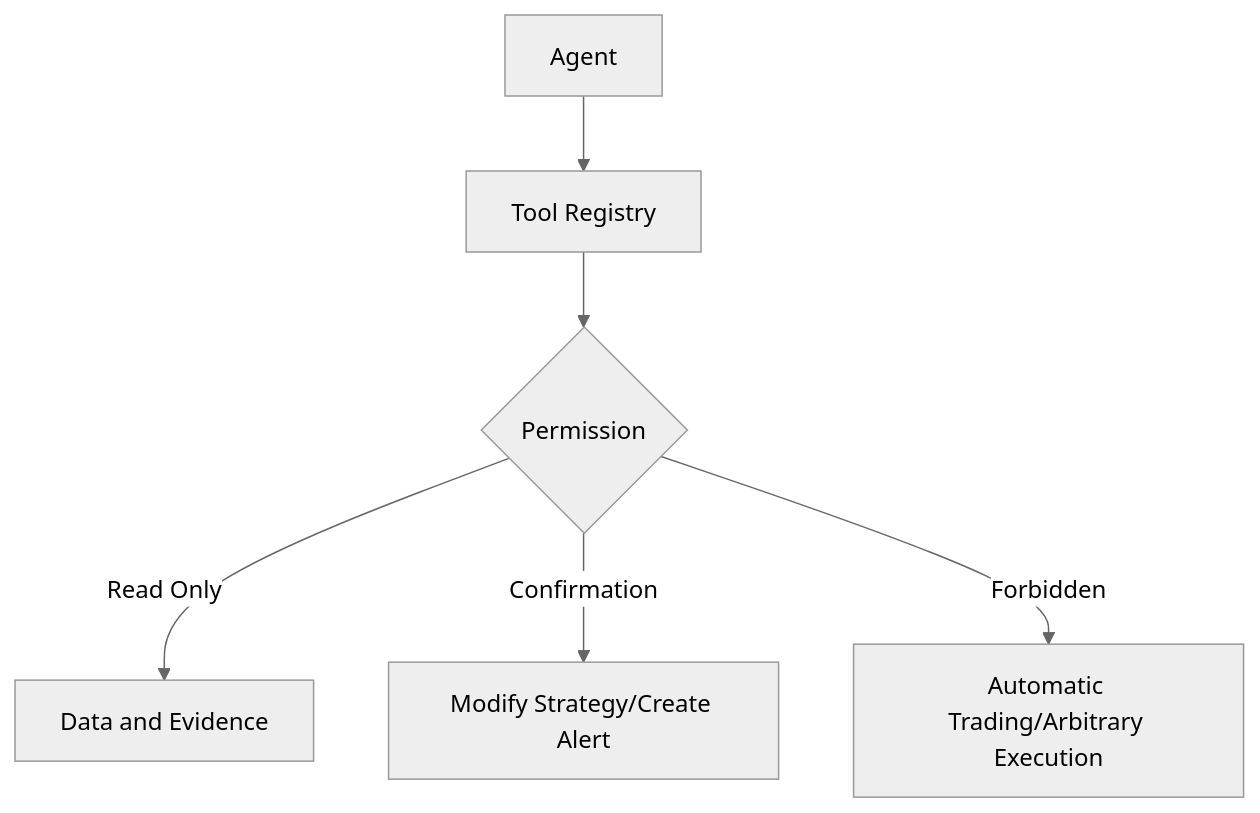
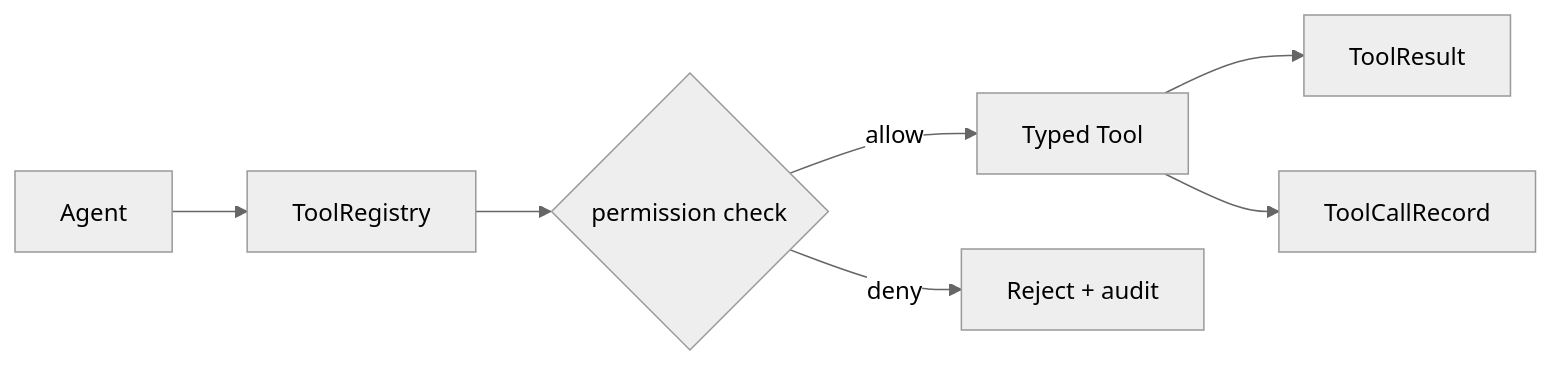
The fourth of 8 diagrams in docs/design/v0.1/architecture/Margin_Architecture_Design_v0.1_EN.md (RickyW0529/Margin), drawn with Mermaid (neutral theme) before and after one commit. The commit also changed other lines of this file and 171 other files, not shown here.

````diff
--- a/docs/design/v0.1/architecture/Margin_Architecture_Design_v0.1_EN.md
+++ b/docs/design/v0.1/architecture/Margin_Architecture_Design_v0.1_EN.md
@@ -465,8 +163,9 @@
 ```mermaid
-flowchart TD
-    A[Agent] --> B[Tool Registry]
-    B --> C{Permission}
-    C -->|Read Only| D[Data and Evidence]
-    C -->|Confirmation| E[Modify Strategy/Create Alert]
-    C -->|Forbidden| F[Automatic Trading/Arbitrary Execution]
+flowchart LR
+    Agent[Agent] --> ToolRegistry[ToolRegistry]
+    ToolRegistry --> Permission{permission check}
+    Permission -->|allow| Tool[Typed Tool]
+    Permission -->|deny| Reject[Reject + audit]
+    Tool --> Result[ToolResult]
+    Tool --> Audit[ToolCallRecord]
 ```
````
